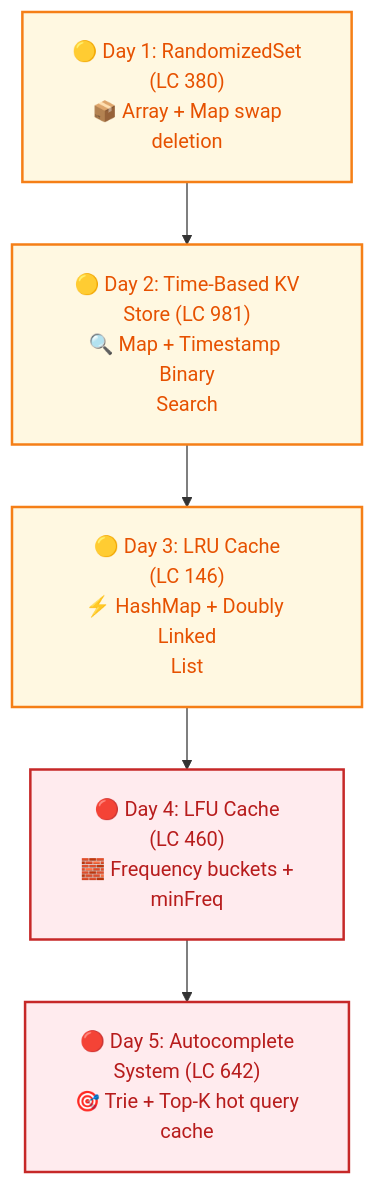
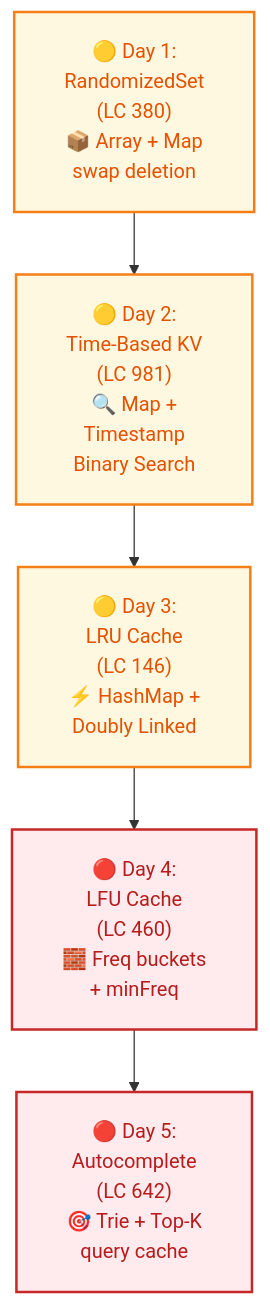
One commit to dip4k/DSA_102 changed diagram 11 of 19 in Senior_dsa_question_list.md. Above: the diagram before and after it, drawn with Mermaid. The commit also changed other lines of this file and 106 other files, not shown here.

First line of the commit message:
fix(mermaid): prevent text clipping with foreignObject overflow and tighter line wrapping

````diff
--- a/Senior_dsa_question_list.md
+++ b/Senior_dsa_question_list.md
@@ -376,15 +376,15 @@
 ```mermaid
-%%{init: {"flowchart": {"htmlLabels": true, "padding": 20}}}%%
+%%{init: {"flowchart": {"htmlLabels": true, "padding": 20}, "themeCSS": "foreignObject { overflow: visible !important; }"}}%%
 flowchart TD
     classDef startNode fill:#e8f5e9,stroke:#2e7d32,stroke-width:2px,color:#1b5e20
     classDef midNode fill:#fff8e1,stroke:#f57f17,stroke-width:2px,color:#e65100
     classDef hardNode fill:#ffebee,stroke:#c62828,stroke-width:2px,color:#b71c1c
 
-    A["🟡 Day 1: RandomizedSet<br/>(LC 380)<br/>📦 Array + Map swap<br/>deletion"]:::midNode
-    B["🟡 Day 2: Time-Based KV<br/>Store (LC 981)<br/>🔍 Map + Timestamp Binary<br/>Search"]:::midNode
-    C["🟡 Day 3: LRU Cache<br/>(LC 146)<br/>⚡ HashMap + Doubly Linked<br/>List"]:::midNode
-    D["🔴 Day 4: LFU Cache<br/>(LC 460)<br/>🧱 Frequency buckets +<br/>minFreq"]:::hardNode
-    E["🔴 Day 5: Autocomplete<br/>System (LC 642)<br/>🎯 Trie + Top-K hot query<br/>cache"]:::hardNode
+    A["🟡 Day 1:<br/>RandomizedSet<br/>(LC 380)<br/>📦 Array + Map<br/>swap deletion"]:::midNode
+    B["🟡 Day 2:<br/>Time-Based KV<br/>(LC 981)<br/>🔍 Map +<br/>Timestamp<br/>Binary Search"]:::midNode
+    C["🟡 Day 3:<br/>LRU Cache<br/>(LC 146)<br/>⚡ HashMap +<br/>Doubly Linked"]:::midNode
+    D["🔴 Day 4:<br/>LFU Cache<br/>(LC 460)<br/>🧱 Freq buckets<br/>+ minFreq"]:::hardNode
+    E["🔴 Day 5:<br/>Autocomplete<br/>(LC 642)<br/>🎯 Trie + Top-K<br/>query cache"]:::hardNode
 
     A --> B --> C --> D --> E
 ```
````
